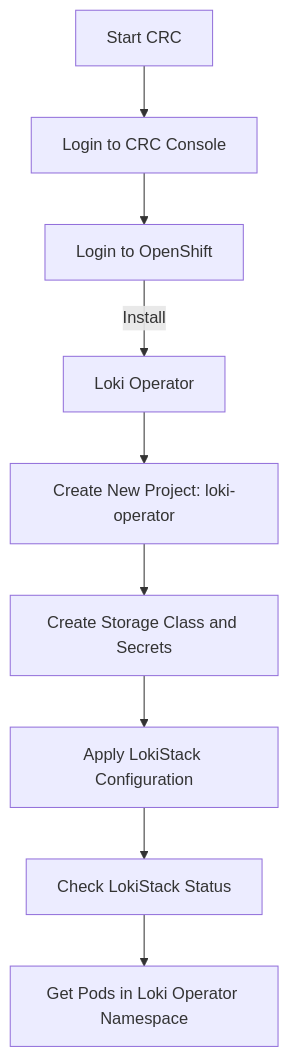
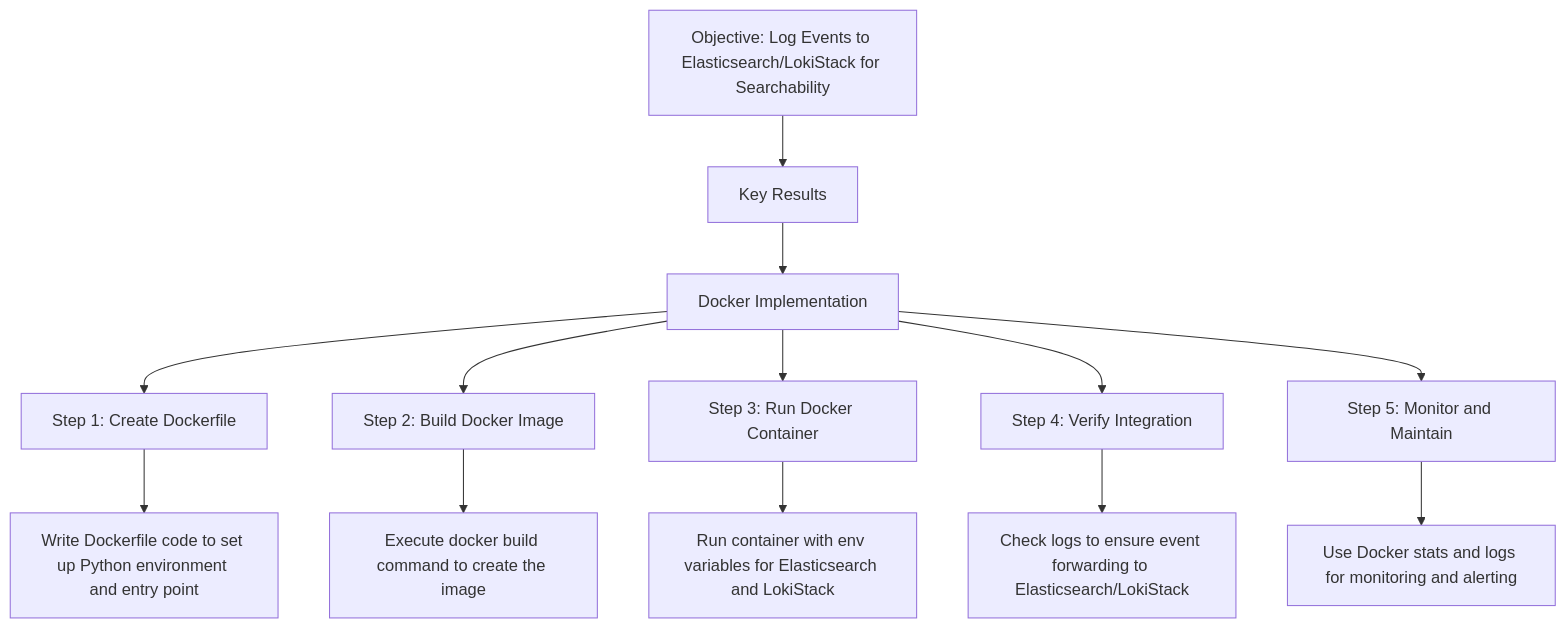
Before and after one commit to rifaterdemsahin/LokiOpenShift: the diagram in Journey/journey-docker-implementation.md, drawn with Mermaid. The commit also changed other lines of this file and 2 other files, not shown here.

Commit message:
Refine task priorities in kanban board

````diff
--- a/Journey/journey-docker-implementation.md
+++ b/Journey/journey-docker-implementation.md
@@ -5,13 +3,16 @@
 ```mermaid
 graph TD
-    A[Start CRC] --> B[Login to CRC Console]
-    B --> C[Login to OpenShift]
-    
-    C -->|Install| D[Loki Operator]
-    D --> E[Create New Project: loki-operator]
-    E --> F[Create Storage Class and Secrets]
-    
-    F --> G[Apply LokiStack Configuration]
-    G --> H[Check LokiStack Status]
-    H --> I[Get Pods in Loki Operator Namespace]
+    A[Objective: Log Events to Elasticsearch/LokiStack for Searchability]
+    A --> B[Key Results]
+    B --> C[Docker Implementation]
+    C --> D[Step 1: Create Dockerfile]
+    D --> E[Write Dockerfile code to set up Python environment and entry point]
+    C --> F[Step 2: Build Docker Image]
+    F --> G[Execute docker build command to create the image]
+    C --> H[Step 3: Run Docker Container]
+    H --> I[Run container with env variables for Elasticsearch and LokiStack]
+    C --> J[Step 4: Verify Integration]
+    J --> K[Check logs to ensure event forwarding to Elasticsearch/LokiStack]
+    C --> L[Step 5: Monitor and Maintain]
+    L --> M[Use Docker stats and logs for monitoring and alerting]
 ```
````
